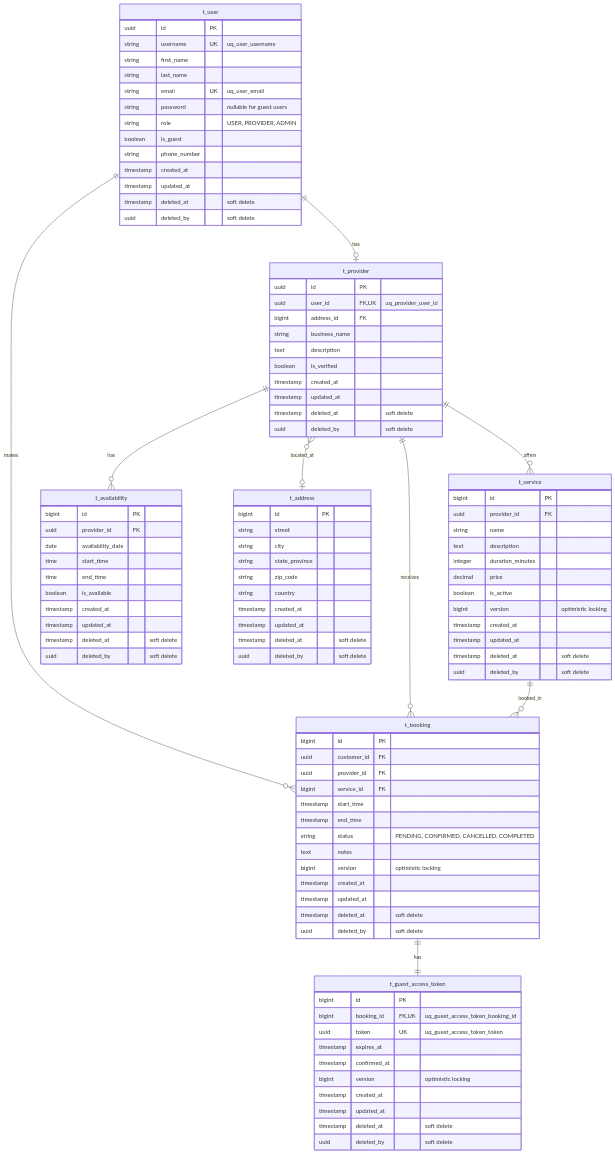
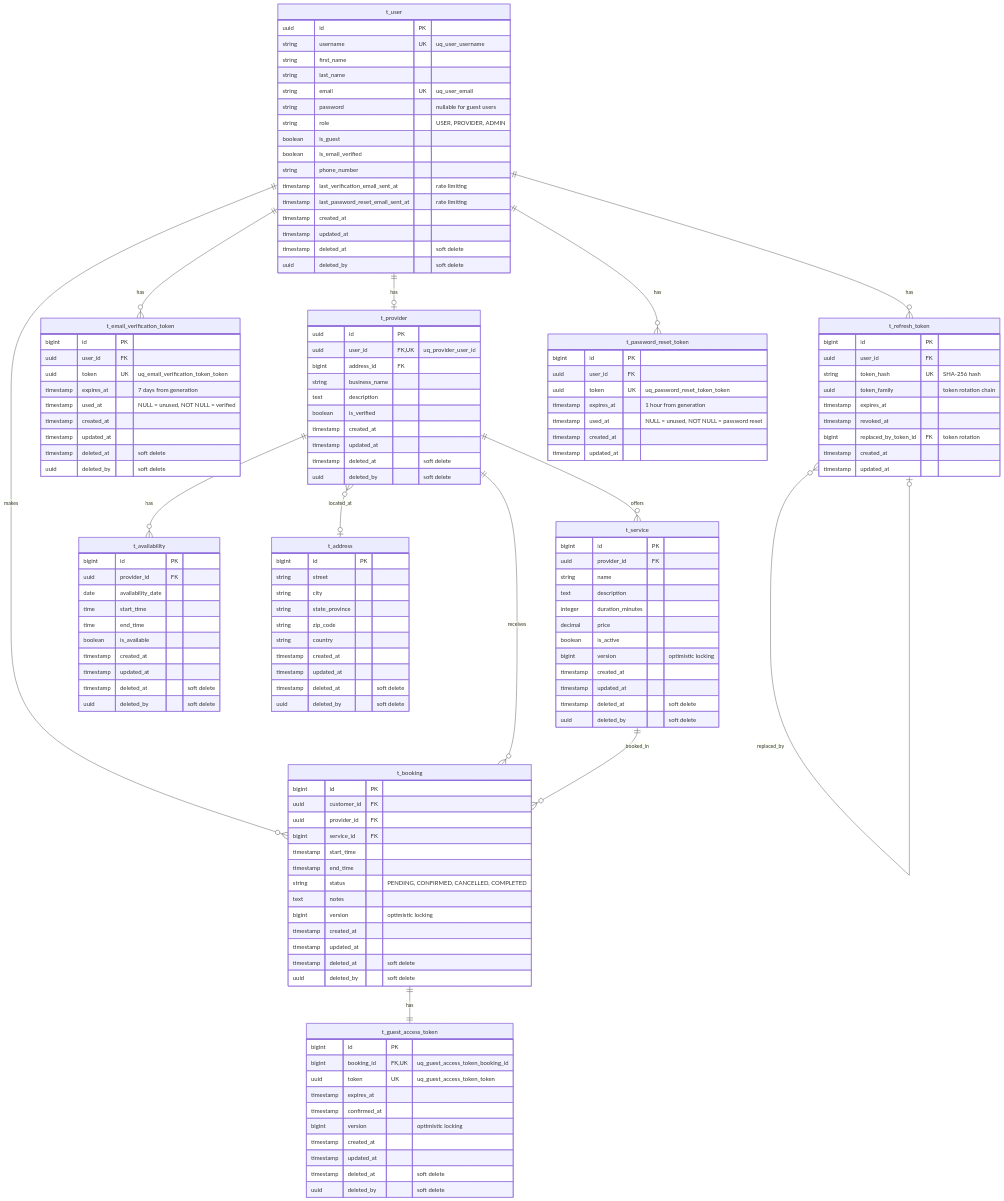
One commit to unfinitas/bookora changed the diagram in README.md. Above: the diagram before and after it, drawn with Mermaid. The commit also changed other lines of this file and 39 other files, not shown here.

First line of the commit message:
feat: Implement secure password reset functionality

````diff
--- a/README.md
+++ b/README.md
@@ -29,12 +29,16 @@
 erDiagram
     t_user ||--o| t_provider : "has"
     t_user ||--o{ t_booking : "makes"
+    t_user ||--o{ t_email_verification_token : "has"
+    t_user ||--o{ t_refresh_token : "has"
+    t_user ||--o{ t_password_reset_token : "has"
     t_provider ||--o{ t_service : "offers"
     t_provider ||--o{ t_booking : "receives"
     t_provider ||--o{ t_availability : "has"
     t_provider }o--o| t_address : "located_at"
     t_service ||--o{ t_booking : "booked_in"
     t_booking ||--|| t_guest_access_token : "has"
+    t_refresh_token }o--o| t_refresh_token : "replaced_by"
 
     t_user {
         uuid id PK
@@ -45,7 +49,10 @@
         string password "nullable for guest users"
         string role "USER, PROVIDER, ADMIN"
         boolean is_guest
+        boolean is_email_verified
         string phone_number
+        timestamp last_verification_email_sent_at "rate limiting"
+        timestamp last_password_reset_email_sent_at "rate limiting"
         timestamp created_at
         timestamp updated_at
         timestamp deleted_at "soft delete"
@@ -134,4 +141,38 @@
         timestamp deleted_at "soft delete"
         uuid deleted_by "soft delete"
     }
+
+    t_email_verification_token {
+        bigint id PK
+        uuid user_id FK
+        uuid token UK "uq_email_verification_token_token"
+        timestamp expires_at "7 days from generation"
+        timestamp used_at "NULL = unused, NOT NULL = verified"
+        timestamp created_at
+        timestamp updated_at
+        timestamp deleted_at "soft delete"
+        uuid deleted_by "soft delete"
+    }
+
+    t_refresh_token {
+        bigint id PK
+        uuid user_id FK
+        string token_hash UK "SHA-256 hash"
+        uuid token_family "token rotation chain"
+        timestamp expires_at
+        timestamp revoked_at
+        bigint replaced_by_token_id FK "token rotation"
+        timestamp created_at
+        timestamp updated_at
+    }
+
+    t_password_reset_token {
+        bigint id PK
+        uuid user_id FK
+        uuid token UK "uq_password_reset_token_token"
+        timestamp expires_at "1 hour from generation"
+        timestamp used_at "NULL = unused, NOT NULL = password reset"
+        timestamp created_at
+        timestamp updated_at
+    }
 ```
````
